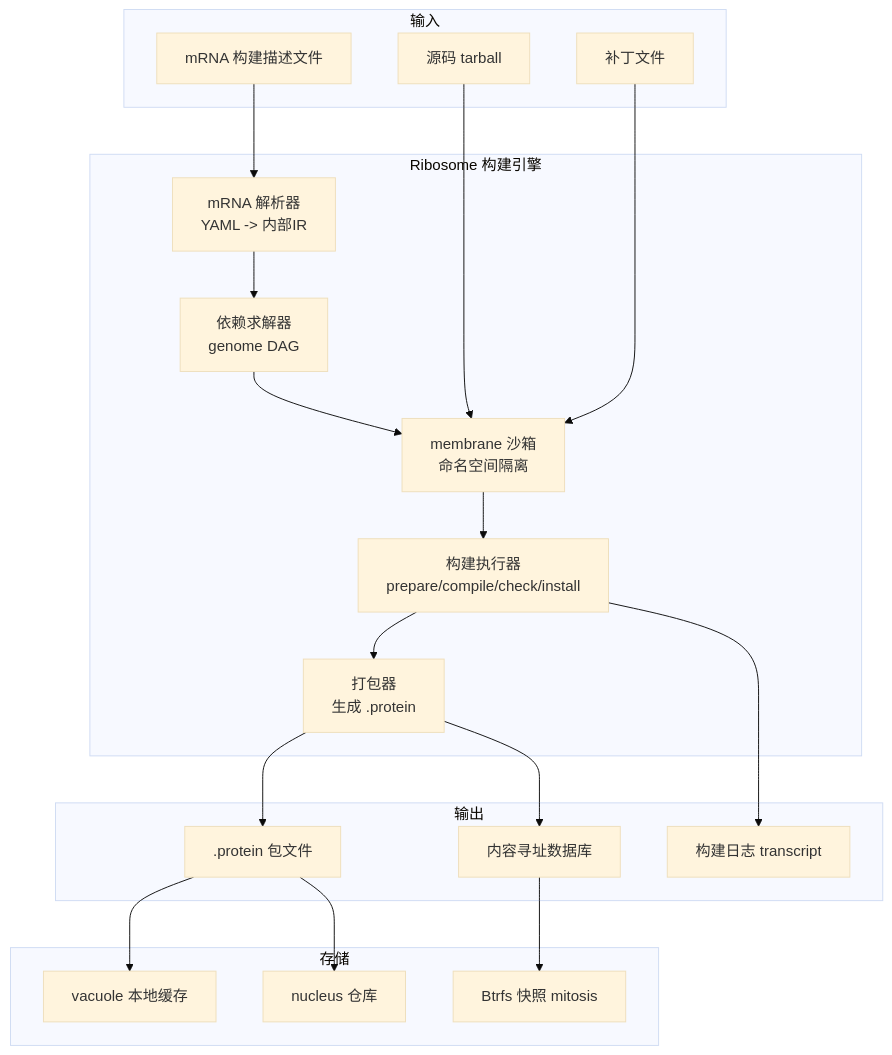
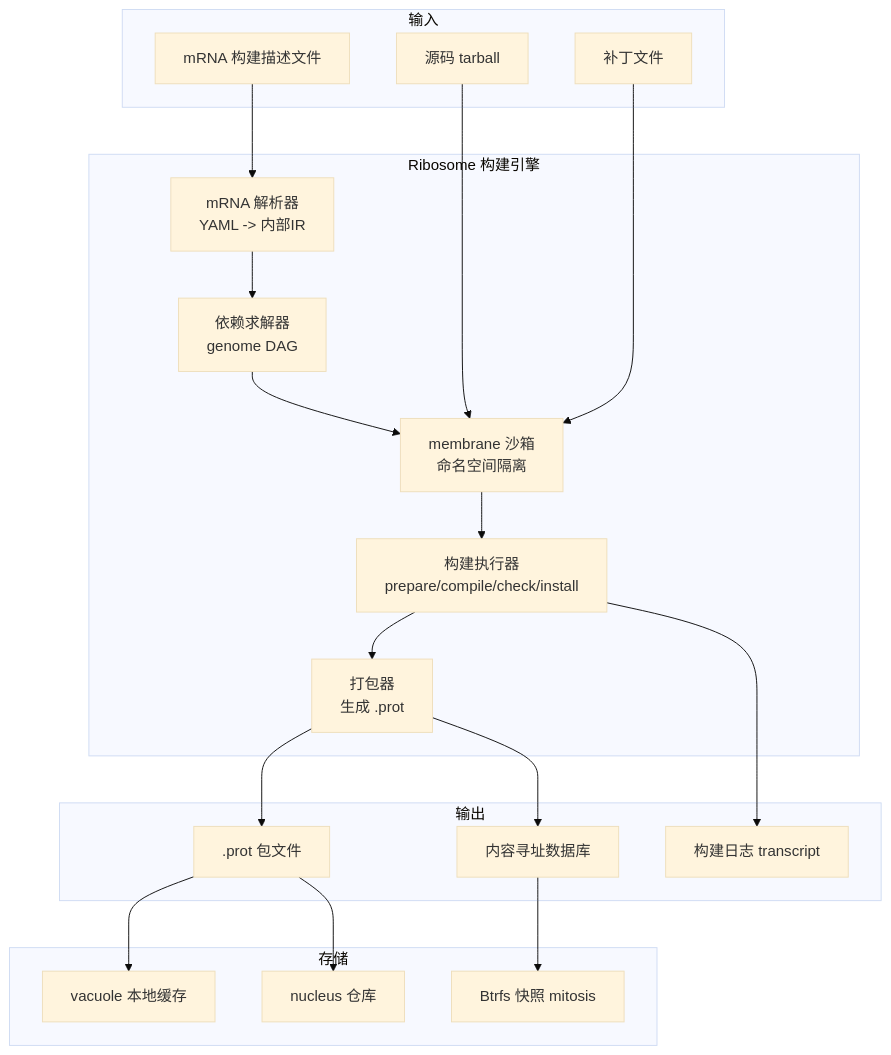
One commit to Li-Yaosong/lysine-os changed the second of 3 diagrams in docs/architecture.md. Above: the diagram before and after it, drawn with Mermaid (base theme). The commit also changed other lines of this file and 62 other files, not shown here.

````diff
--- a/docs/architecture.md
+++ b/docs/architecture.md
@@ -241,42 +241,42 @@
 ```mermaid
 flowchart TB
     subgraph input [输入]
         mRNA_file[mRNA 构建描述文件]
         sources[源码 tarball]
         patches[补丁文件]
     end
 
     subgraph ribosome_engine [Ribosome 构建引擎]
         parser[mRNA 解析器<br/>YAML -> 内部IR]
         dep_solver[依赖求解器<br/>genome DAG]
         sandbox[membrane 沙箱<br/>命名空间隔离]
         builder[构建执行器<br/>prepare/compile/check/install]
-        packager[打包器<br/>生成 .protein]
+        packager[打包器<br/>生成 .prot]
     end
 
     subgraph output [输出]
-        protein[.protein 包文件]
+        protein[.prot 包文件]
         transcript[构建日志 transcript]
         hash_db[内容寻址数据库]
     end
 
     subgraph storage [存储]
         nucleus_repo[nucleus 仓库]
         vacuole_cache[vacuole 本地缓存]
         btrfs_snap[Btrfs 快照 mitosis]
     end
 
     mRNA_file --> parser
     sources --> sandbox
     patches --> sandbox
     parser --> dep_solver
     dep_solver --> sandbox
     sandbox --> builder
     builder --> packager
     builder --> transcript
     packager --> protein
     packager --> hash_db
     protein --> vacuole_cache
     protein --> nucleus_repo
     hash_db --> btrfs_snap
 ```
````
